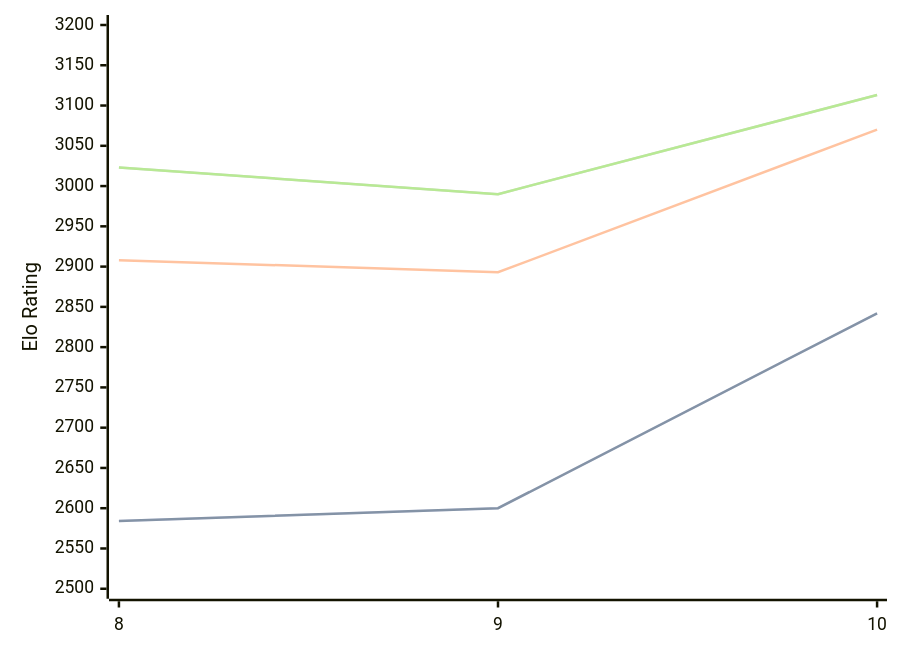
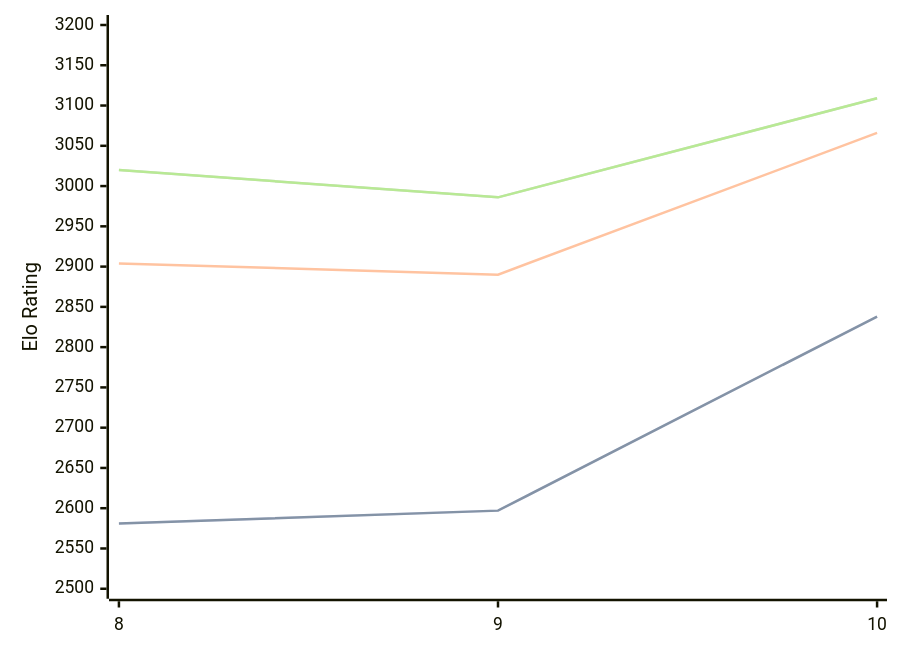
The diagram in engines/Lozza.md (computer-chess-index/cci), drawn with Mermaid before and after one commit. The commit also changed other lines of this file, not shown here.

Commit message:
Update CCI Ratings (ELO VLTC) - 2026-08-12

````diff
--- a/engines/Lozza.md
+++ b/engines/Lozza.md
@@ -33,11 +33,11 @@
 ```mermaid
 %%{init: {"theme":"base","themeVariables":{"seriesColors:['#a3a3a3','#222221','#faa371']}}}%%
 xychart-beta
   x-axis ["8", "9", "10"]
   y-axis "Elo Rating" 2500 --> 3200
-  line "STC (8.0+0.08s)" [2584, 2600, 2842]
-  line "STC (8.0+0.08s)" [2584, 2600, 2842]
-  line "LTC (60.0+0.60s)" [2908, 2893, 3070]
-  line "VLTC (2m24s+1.12s)" [3023, 2990, 3113]
-  line "VLTC (2m24s+1.12s)" [3023, 2990, 3113]
+  line "STC (8.0+0.08s)" [2581, 2597, 2838]
+  line "STC (8.0+0.08s)" [2581, 2597, 2838]
+  line "LTC (60.0+0.60s)" [2904, 2890, 3066]
+  line "VLTC (2m24s+1.12s)" [3020, 2986, 3109]
+  line "VLTC (2m24s+1.12s)" [3020, 2986, 3109]
 ```
````
